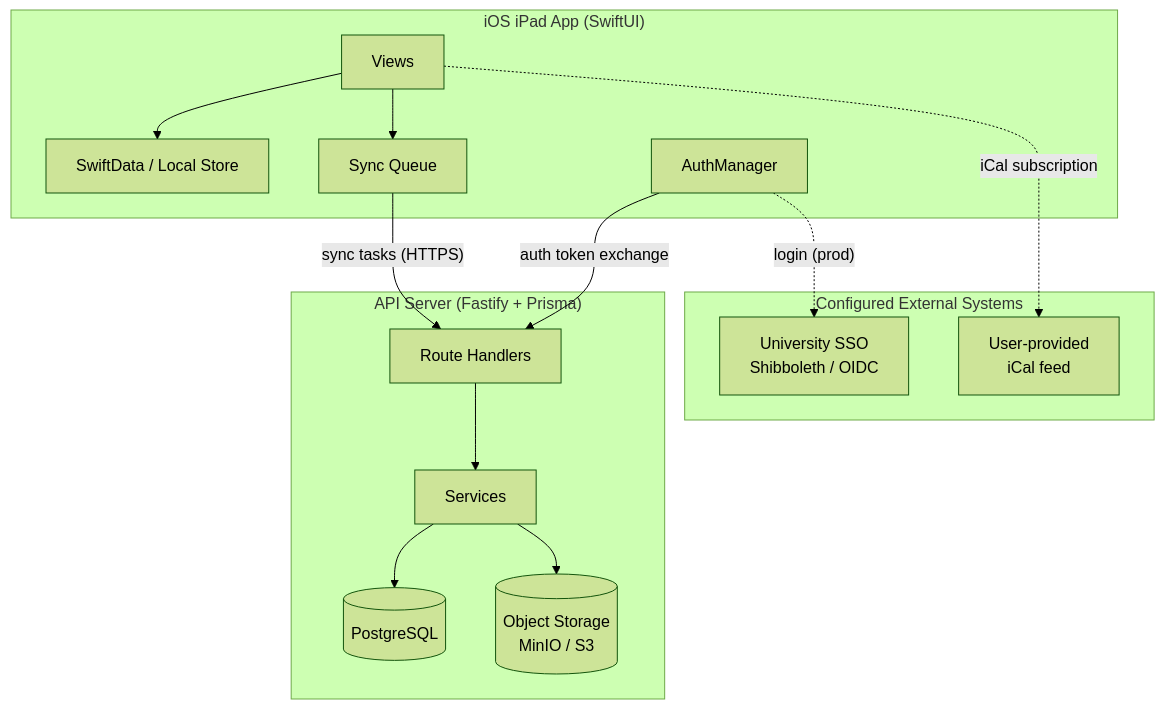
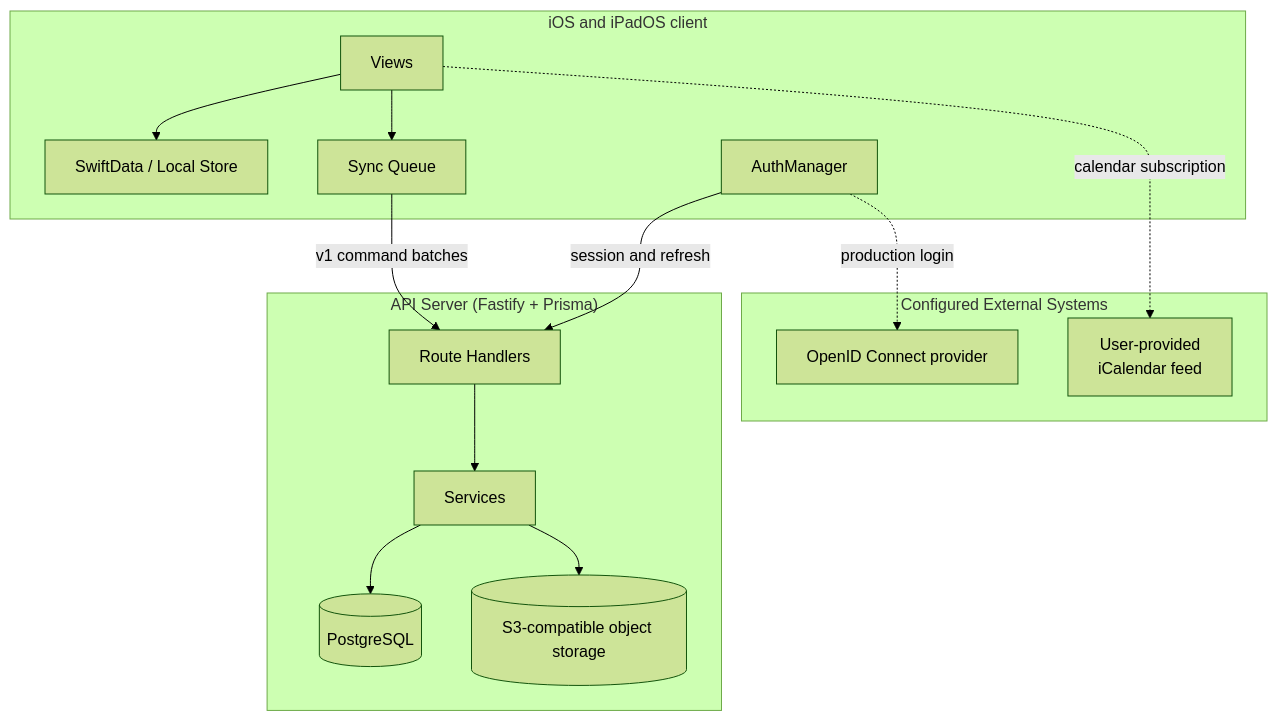
One commit to sebastianspicker/resonance changed the first of 2 diagrams in docs/ARCHITECTURE.md. Above: the diagram before and after it, drawn with Mermaid (forest theme). The commit also changed other lines of this file and 242 other files, not shown here.

````diff
--- a/docs/ARCHITECTURE.md
+++ b/docs/ARCHITECTURE.md
@@ -5,31 +5,31 @@
 ```mermaid
 flowchart TB
-    subgraph Client["iOS iPad App (SwiftUI)"]
+    subgraph Client["iOS and iPadOS client"]
         UI[Views]
         SD[SwiftData / Local Store]
         SQ[Sync Queue]
         AM[AuthManager]
     end
 
     subgraph Server["API Server (Fastify + Prisma)"]
         API[Route Handlers]
         SVC[Services]
         DB[(PostgreSQL)]
-        S3[(Object Storage\nMinIO / S3)]
+        S3[(S3-compatible object storage)]
     end
 
     subgraph External["Configured External Systems"]
-        ICAL[User-provided\niCal feed]
-        SSO[University SSO\nShibboleth / OIDC]
+        ICAL[User-provided\niCalendar feed]
+        SSO[OpenID Connect provider]
     end
 
     UI --> SD
     UI --> SQ
-    SQ -->|"sync tasks (HTTPS)"| API
-    AM -->|"auth token exchange"| API
+    SQ -->|"v1 command batches"| API
+    AM -->|"session and refresh"| API
     API --> SVC
     SVC --> DB
     SVC --> S3
-    AM -.->|"login (prod)"| SSO
-    UI -.->|"iCal subscription"| ICAL
+    AM -.->|"production login"| SSO
+    UI -.->|"calendar subscription"| ICAL
 ```
````
